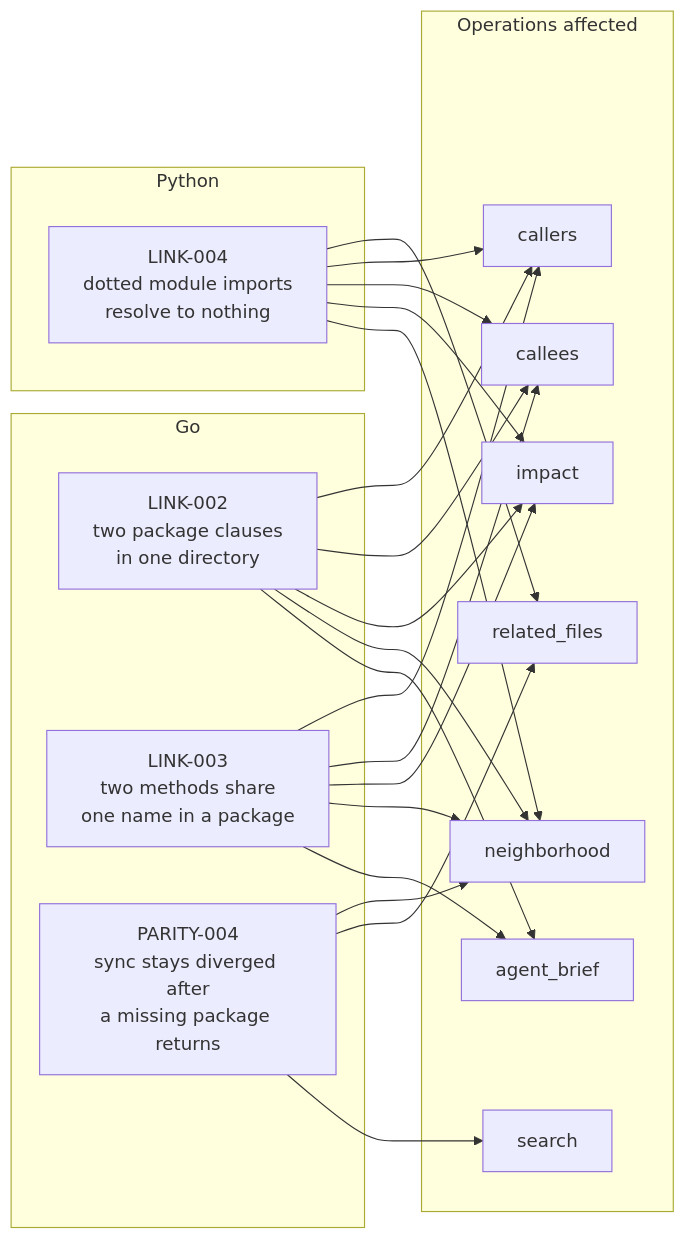
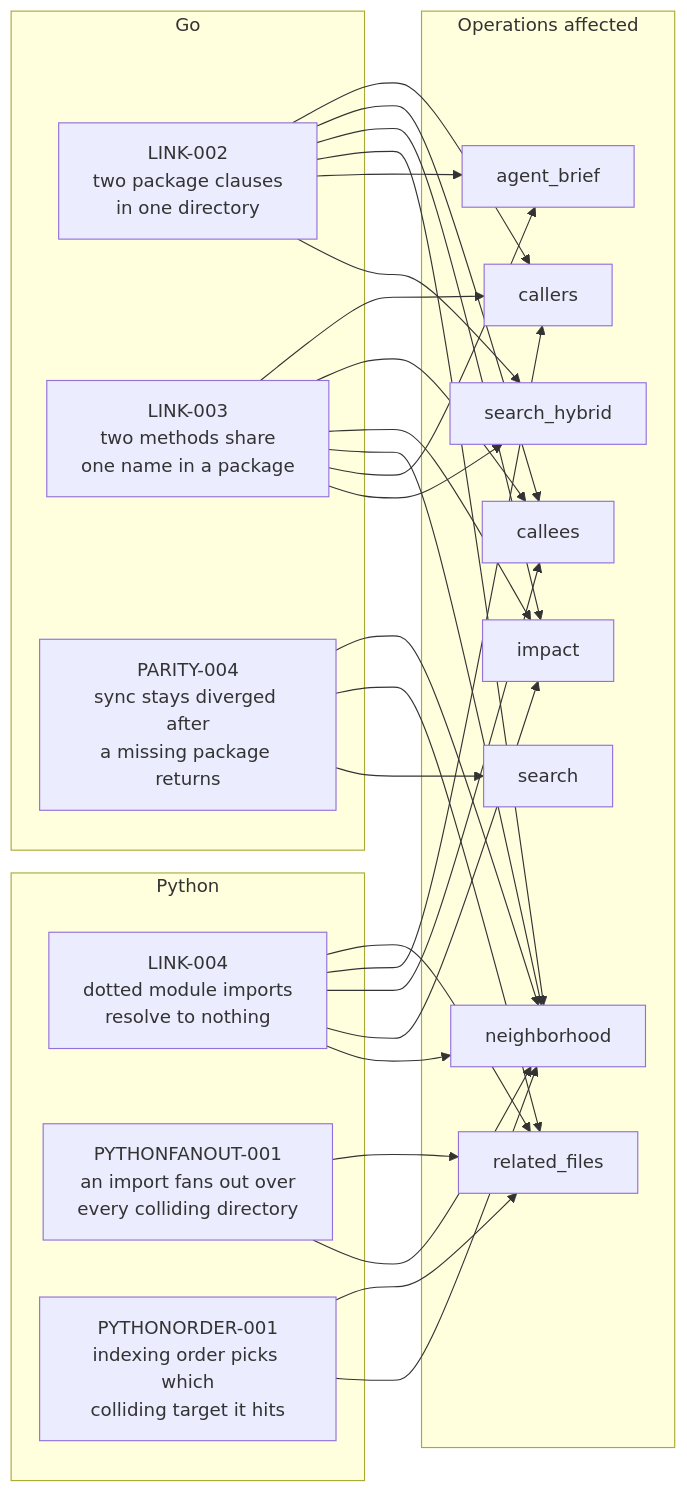
Before and after one commit to samibel/graphi: the diagram in docs/known-defects.md, drawn with Mermaid. The commit also changed other lines of this file and 5 other files, not shown here.

````diff
--- a/docs/known-defects.md
+++ b/docs/known-defects.md
@@ -3,38 +3,47 @@
 ```mermaid
 flowchart LR
   subgraph GO["Go"]
     L2["LINK-002<br/>two package clauses<br/>in one directory"]
     L3["LINK-003<br/>two methods share<br/>one name in a package"]
     P4["PARITY-004<br/>sync stays diverged after<br/>a missing package returns"]
   end
   subgraph PY["Python"]
     L4["LINK-004<br/>dotted module imports<br/>resolve to nothing"]
+    PF["PYTHONFANOUT-001<br/>an import fans out over<br/>every colliding directory"]
+    PO["PYTHONORDER-001<br/>indexing order picks which<br/>colliding target it hits"]
   end
   subgraph OPS["Operations affected"]
     callers["callers"]
     callees["callees"]
     impact["impact"]
     neighborhood["neighborhood"]
     agent_brief["agent_brief"]
     related_files["related_files"]
     search["search"]
+    search_hybrid["search_hybrid"]
   end
   L2 --> callers
   L2 --> callees
   L2 --> impact
   L2 --> neighborhood
   L2 --> agent_brief
+  L2 --> search_hybrid
   L3 --> callers
   L3 --> callees
   L3 --> impact
   L3 --> neighborhood
   L3 --> agent_brief
+  L3 --> search_hybrid
   L4 --> related_files
   L4 --> callers
   L4 --> callees
   L4 --> impact
   L4 --> neighborhood
+  PF --> related_files
+  PF --> neighborhood
+  PO --> related_files
+  PO --> neighborhood
   P4 --> neighborhood
   P4 --> related_files
   P4 --> search
 ```
````
